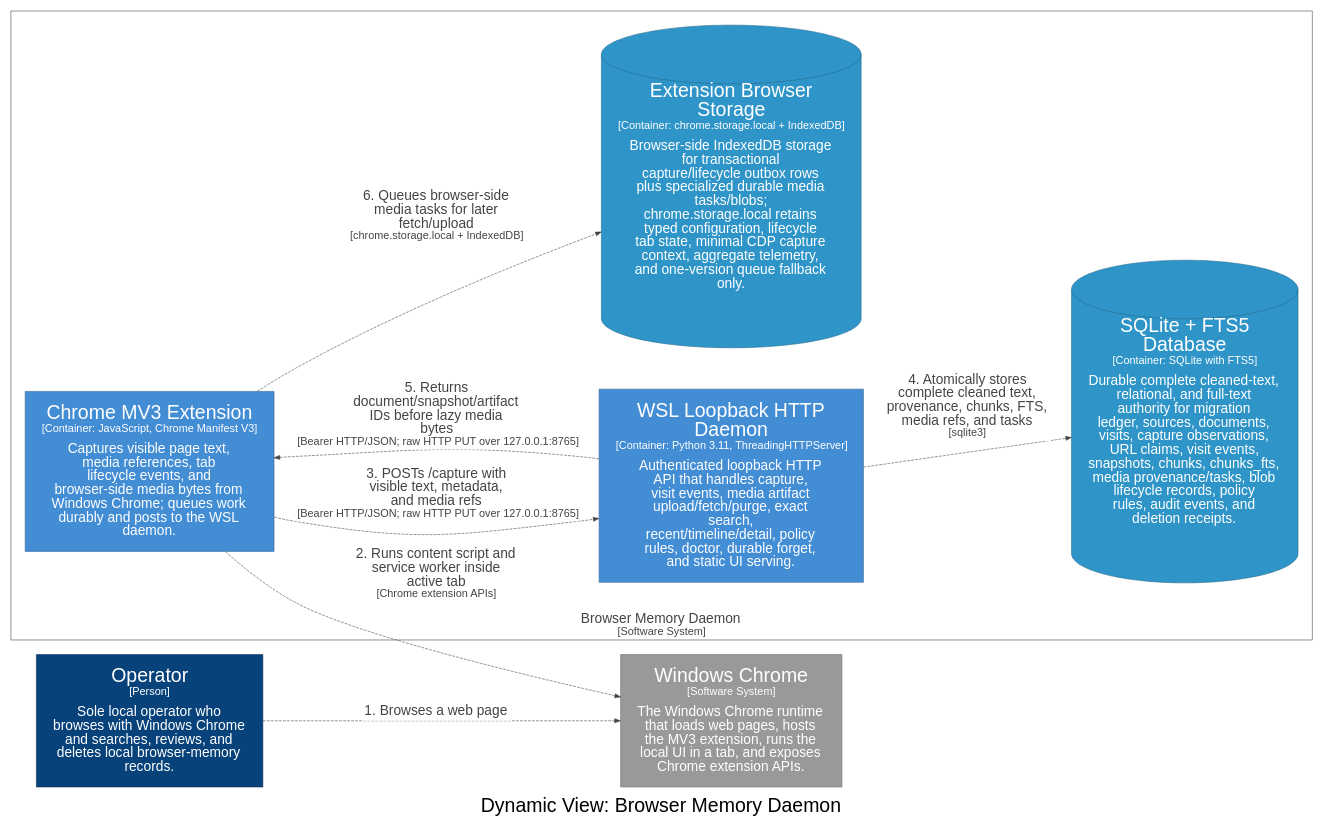
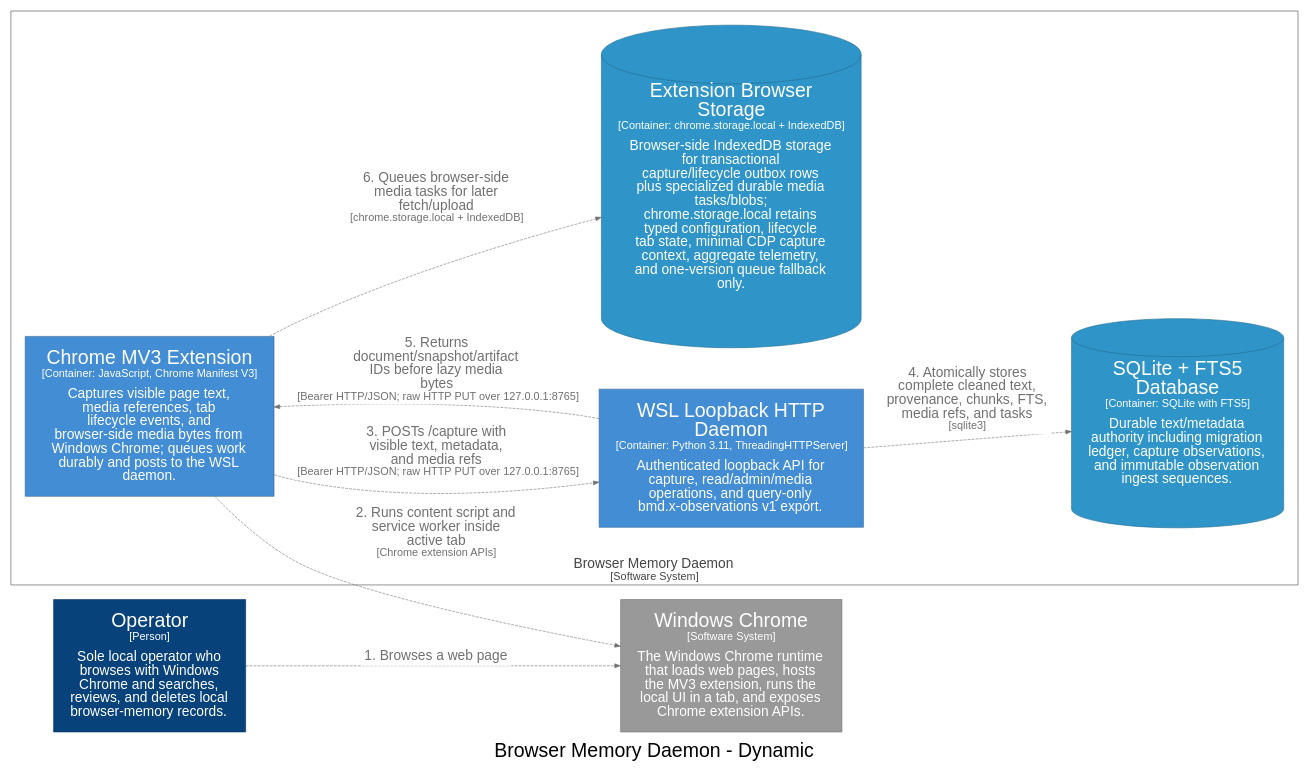
Before and after one commit to michaelnicks0/browser-memory-daemon: the diagram in docs/architecture/diagrams/dot/structurizr-FastCaptureFlow.dot, drawn with Graphviz. The commit also changed 331 other files, not shown here.

Commit message:
docs: refresh architecture and publish surfaces

```diff
--- a/docs/architecture/diagrams/dot/structurizr-FastCaptureFlow.dot
+++ b/docs/architecture/diagrams/dot/structurizr-FastCaptureFlow.dot
@@ -1,32 +1,31 @@
 digraph {
   compound=true
   graph [fontname="Arial", rankdir=LR, ranksep=1.0, nodesep=1.0]
   node [fontname="Arial", shape=box, margin="0.4,0.3"]
   edge [fontname="Arial"]
-  label=<<br /><font point-size="34">Dynamic View: Browser Memory Daemon</font>>
+  label=<<br /><font point-size="34">Browser Memory Daemon - Dynamic</font>>
 
   subgraph cluster_4 {
     margin=25
     label=<<font point-size="24"><br />Browser Memory Daemon</font><br /><font point-size="19">[Software System]</font>>
     labelloc=b
     color="#444444"
     fontcolor="#444444"
     fillcolor="#444444"
 
     21 [id=21,shape=cylinder, label=<<font point-size="34">Extension Browser<br />Storage</font><br /><font point-size="19">[Container: chrome.storage.local + IndexedDB]</font><br /><br /><font point-size="24">Browser-side IndexedDB storage<br />for transactional<br />capture/lifecycle outbox rows<br />plus specialized durable media<br />tasks/blobs;<br />chrome.storage.local retains<br />typed configuration, lifecycle<br />tab state, minimal CDP capture<br />context, aggregate telemetry,<br />and one-version queue fallback<br />only.</font>>, style=filled, color="#20688c", fillcolor="#2f95c8", fontcolor="#ffffff"]
-    22 [id=22,shape=rect, label=<<font point-size="34">WSL Loopback HTTP<br />Daemon</font><br /><font point-size="19">[Container: Python 3.11, ThreadingHTTPServer]</font><br /><br /><font point-size="24">Authenticated loopback HTTP<br />API that handles capture,<br />visit events, media artifact<br />upload/fetch/purge, exact<br />search,<br />recent/timeline/detail, policy<br />rules, doctor, durable forget,<br />and static UI serving.</font>>, style=filled, color="#2e6295", fillcolor="#438dd5", fontcolor="#ffffff"]
-    48 [id=48,shape=cylinder, label=<<font point-size="34">SQLite + FTS5<br />Database</font><br /><font point-size="19">[Container: SQLite with FTS5]</font><br /><br /><font point-size="24">Durable complete cleaned-text,<br />relational, and full-text<br />authority for migration<br />ledger, sources, documents,<br />visits, capture observations,<br />URL claims, visit events,<br />snapshots, chunks, chunks_fts,<br />media provenance/tasks, blob<br />lifecycle records, policy<br />rules, audit events, and<br />deletion receipts.</font>>, style=filled, color="#20688c", fillcolor="#2f95c8", fontcolor="#ffffff"]
+    22 [id=22,shape=rect, label=<<font point-size="34">WSL Loopback HTTP<br />Daemon</font><br /><font point-size="19">[Container: Python 3.11, ThreadingHTTPServer]</font><br /><br /><font point-size="24">Authenticated loopback API for<br />capture, read/admin/media<br />operations, and query-only<br />bmd.x-observations v1 export.</font>>, style=filled, color="#2e6295", fillcolor="#438dd5", fontcolor="#ffffff"]
+    49 [id=49,shape=cylinder, label=<<font point-size="34">SQLite + FTS5<br />Database</font><br /><font point-size="19">[Container: SQLite with FTS5]</font><br /><br /><font point-size="24">Durable text/metadata<br />authority including migration<br />ledger, capture observations,<br />and immutable observation<br />ingest sequences.</font>>, style=filled, color="#20688c", fillcolor="#2f95c8", fontcolor="#ffffff"]
     5 [id=5,shape=rect, label=<<font point-size="34">Chrome MV3 Extension</font><br /><font point-size="19">[Container: JavaScript, Chrome Manifest V3]</font><br /><br /><font point-size="24">Captures visible page text,<br />media references, tab<br />lifecycle events, and<br />browser-side media bytes from<br />Windows Chrome; queues work<br />durably and posts to the WSL<br />daemon.</font>>, style=filled, color="#2e6295", fillcolor="#438dd5", fontcolor="#ffffff"]
   }
 
-  1 [id=1,shape=rect, label=<<font point-size="34">Operator</font><br /><font point-size="19">[Person]</font><br /><br /><font point-size="24">Sole local operator who<br />browses with Windows Chrome<br />and searches, reviews, and<br />deletes local browser-memory<br />records.</font>>, style=filled, color="#052e56", fillcolor="#08427b", fontcolor="#ffffff"]
+  1 [id=1,shape=rect, label=<<font point-size="34">Operator</font><br /><font point-size="19">[Person]</font><br /><br /><font point-size="24">Sole local operator who<br />browses with Windows<br />Chrome and searches,<br />reviews, and deletes local<br />browser-memory records.</font>>, style=filled, color="#052e56", fillcolor="#08427b", fontcolor="#ffffff"]
   2 [id=2,shape=rect, label=<<font point-size="34">Windows Chrome</font><br /><font point-size="19">[Software System]</font><br /><br /><font point-size="24">The Windows Chrome runtime<br />that loads web pages, hosts<br />the MV3 extension, runs the<br />local UI in a tab, and exposes<br />Chrome extension APIs.</font>>, style=filled, color="#6b6b6b", fillcolor="#999999", fontcolor="#ffffff"]
 
-  1 -> 2 [id=53, label=<<TABLE BORDER="0" CELLBORDER="0" CELLSPACING="0" CELLPADDING="4" BGCOLOR="white"><TR><TD><font point-size="24">1. Browses a web page</font></TD></TR></TABLE>>, style="dashed", color="#444444", fontcolor="#444444"]
-  5 -> 2 [id=58, label=<<TABLE BORDER="0" CELLBORDER="0" CELLSPACING="0" CELLPADDING="4" BGCOLOR="white"><TR><TD><font point-size="24">2. Runs content script and<br />service worker inside<br />active tab</font><br /><font point-size="19">[Chrome extension APIs]</font></TD></TR></TABLE>>, style="dashed", color="#444444", fontcolor="#444444"]
-  5 -> 22 [id=61, label=<<TABLE BORDER="0" CELLBORDER="0" CELLSPACING="0" CELLPADDING="4" BGCOLOR="white"><TR><TD><font point-size="24">3. POSTs /capture with<br />visible text, metadata,<br />and media refs</font><br /><font point-size="19">[Bearer HTTP/JSON; raw HTTP PUT over 127.0.0.1:8765]</font></TD></TR></TABLE>>, style="dashed", color="#444444", fontcolor="#444444"]
-  22 -> 48 [id=70, label=<<TABLE BORDER="0" CELLBORDER="0" CELLSPACING="0" CELLPADDING="4" BGCOLOR="white"><TR><TD><font point-size="24">4. Atomically stores<br />complete cleaned text,<br />provenance, chunks, FTS,<br />media refs, and tasks</font><br /><font point-size="19">[sqlite3]</font></TD></TR></TABLE>>, style="dashed", color="#444444", fontcolor="#444444"]
-  22 -> 5 [id=61, label=<<TABLE BORDER="0" CELLBORDER="0" CELLSPACING="0" CELLPADDING="4" BGCOLOR="white"><TR><TD><font point-size="24">5. Returns<br />document/snapshot/artifact<br />IDs before lazy media<br />bytes</font><br /><font point-size="19">[Bearer HTTP/JSON; raw HTTP PUT over 127.0.0.1:8765]</font></TD></TR></TABLE>>, style="dashed", color="#444444", fontcolor="#444444"]
-  5 -> 21 [id=60, label=<<TABLE BORDER="0" CELLBORDER="0" CELLSPACING="0" CELLPADDING="4" BGCOLOR="white"><TR><TD><font point-size="24">6. Queues browser-side<br />media tasks for later<br />fetch/upload</font><br /><font point-size="19">[chrome.storage.local + IndexedDB]</font></TD></TR></TABLE>>, style="dashed", color="#444444", fontcolor="#444444"]
-
+  1 -> 2 [id=54, label=<<TABLE BORDER="0" CELLBORDER="0" CELLSPACING="0" CELLPADDING="4" BGCOLOR="white"><TR><TD><font point-size="24">1. Browses a web page</font></TD></TR></TABLE>>, style="dashed", color="#707070", fontcolor="#707070"]
+  5 -> 2 [id=59, label=<<TABLE BORDER="0" CELLBORDER="0" CELLSPACING="0" CELLPADDING="4" BGCOLOR="white"><TR><TD><font point-size="24">2. Runs content script and<br />service worker inside<br />active tab</font><br /><font point-size="19">[Chrome extension APIs]</font></TD></TR></TABLE>>, style="dashed", color="#707070", fontcolor="#707070"]
+  5 -> 22 [id=62, label=<<TABLE BORDER="0" CELLBORDER="0" CELLSPACING="0" CELLPADDING="4" BGCOLOR="white"><TR><TD><font point-size="24">3. POSTs /capture with<br />visible text, metadata,<br />and media refs</font><br /><font point-size="19">[Bearer HTTP/JSON; raw HTTP PUT over 127.0.0.1:8765]</font></TD></TR></TABLE>>, style="dashed", color="#707070", fontcolor="#707070"]
+  22 -> 49 [id=71, label=<<TABLE BORDER="0" CELLBORDER="0" CELLSPACING="0" CELLPADDING="4" BGCOLOR="white"><TR><TD><font point-size="24">4. Atomically stores<br />complete cleaned text,<br />provenance, chunks, FTS,<br />media refs, and tasks</font><br /><font point-size="19">[sqlite3]</font></TD></TR></TABLE>>, style="dashed", color="#707070", fontcolor="#707070"]
+  22 -> 5 [id=62, label=<<TABLE BORDER="0" CELLBORDER="0" CELLSPACING="0" CELLPADDING="4" BGCOLOR="white"><TR><TD><font point-size="24">5. Returns<br />document/snapshot/artifact<br />IDs before lazy media<br />bytes</font><br /><font point-size="19">[Bearer HTTP/JSON; raw HTTP PUT over 127.0.0.1:8765]</font></TD></TR></TABLE>>, style="dashed", color="#707070", fontcolor="#707070"]
+  5 -> 21 [id=61, label=<<TABLE BORDER="0" CELLBORDER="0" CELLSPACING="0" CELLPADDING="4" BGCOLOR="white"><TR><TD><font point-size="24">6. Queues browser-side<br />media tasks for later<br />fetch/upload</font><br /><font point-size="19">[chrome.storage.local + IndexedDB]</font></TD></TR></TABLE>>, style="dashed", color="#707070", fontcolor="#707070"]
 }
```
